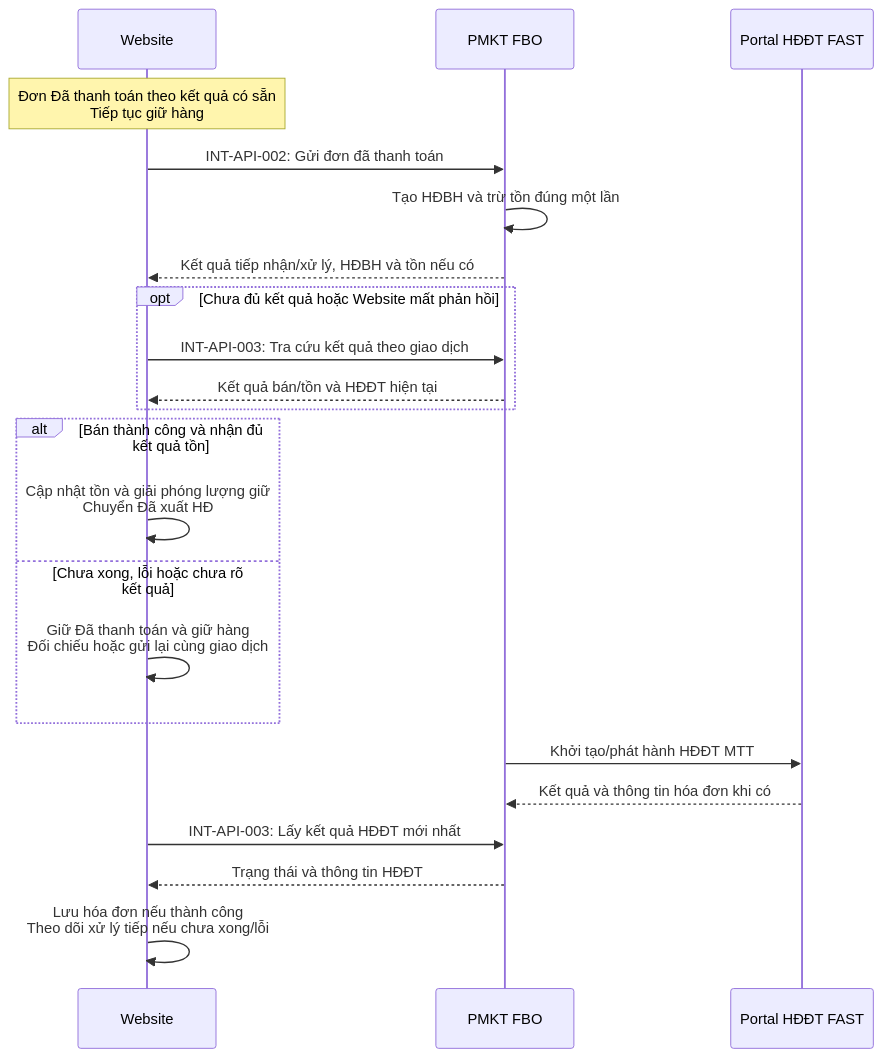
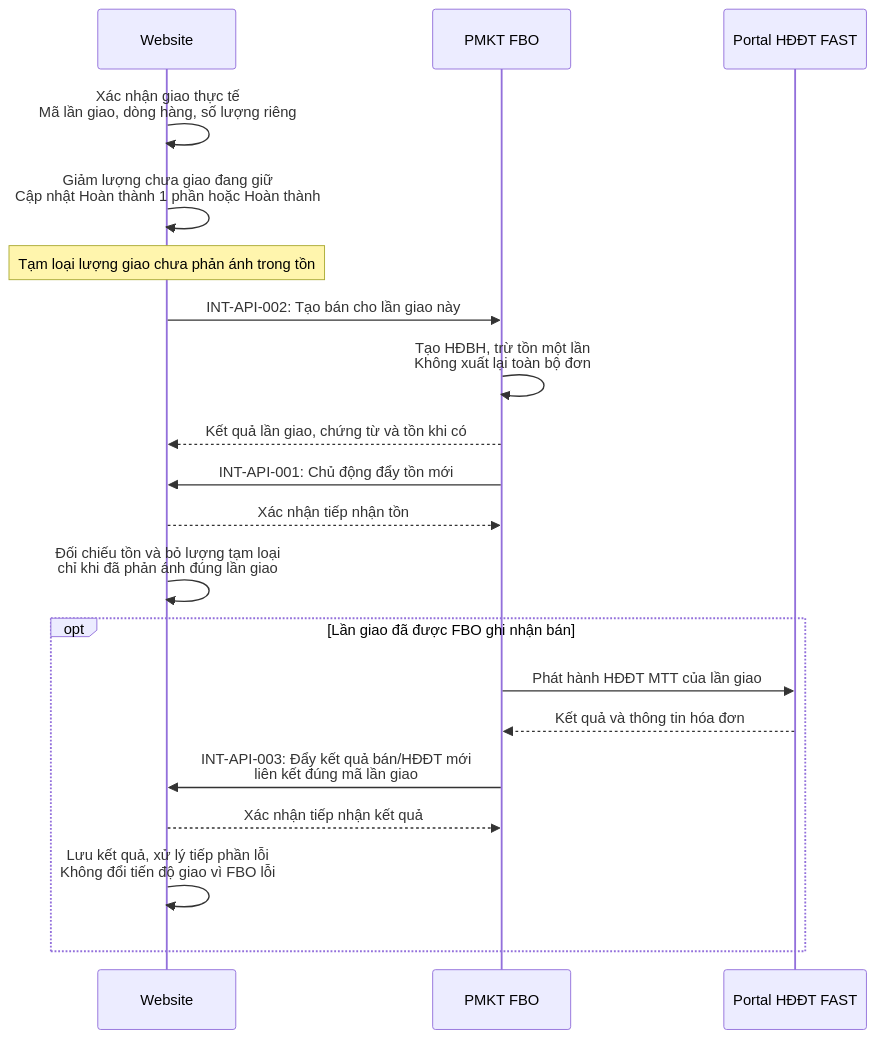
The second of 3 diagrams in TOM_TAT_YEU_CAU_GIAI_PHAP_API.md (quangnh0609/PhuongThao), drawn with Mermaid before and after one commit. The commit also changed other lines of this file and 56 other files, not shown here.

````diff
--- a/TOM_TAT_YEU_CAU_GIAI_PHAP_API.md
+++ b/TOM_TAT_YEU_CAU_GIAI_PHAP_API.md
@@ -71,24 +69,22 @@
 ```mermaid
 sequenceDiagram
     participant WEB as Website
     participant FBO as PMKT FBO
     participant PORTAL as Portal HĐĐT FAST
-    Note over WEB: Đơn Đã thanh toán theo kết quả có sẵn<br/>Tiếp tục giữ hàng
-    WEB->>FBO: INT-API-002: Gửi đơn đã thanh toán
-    FBO->>FBO: Tạo HĐBH và trừ tồn đúng một lần
-    FBO-->>WEB: Kết quả tiếp nhận/xử lý, HĐBH và tồn nếu có
-    opt Chưa đủ kết quả hoặc Website mất phản hồi
-        WEB->>FBO: INT-API-003: Tra cứu kết quả theo giao dịch
-        FBO-->>WEB: Kết quả bán/tồn và HĐĐT hiện tại
+    WEB->>WEB: Xác nhận giao thực tế<br/>Mã lần giao, dòng hàng, số lượng riêng
+    WEB->>WEB: Giảm lượng chưa giao đang giữ<br/>Cập nhật Hoàn thành 1 phần hoặc Hoàn thành
+    Note over WEB: Tạm loại lượng giao chưa phản ánh trong tồn
+    WEB->>FBO: INT-API-002: Tạo bán cho lần giao này
+    FBO->>FBO: Tạo HĐBH, trừ tồn một lần<br/>Không xuất lại toàn bộ đơn
+    FBO-->>WEB: Kết quả lần giao, chứng từ và tồn khi có
+    FBO->>WEB: INT-API-001: Chủ động đẩy tồn mới
+    WEB-->>FBO: Xác nhận tiếp nhận tồn
+    WEB->>WEB: Đối chiếu tồn và bỏ lượng tạm loại<br/>chỉ khi đã phản ánh đúng lần giao
+    opt Lần giao đã được FBO ghi nhận bán
+        FBO->>PORTAL: Phát hành HĐĐT MTT của lần giao
+        PORTAL-->>FBO: Kết quả và thông tin hóa đơn
+        FBO->>WEB: INT-API-003: Đẩy kết quả bán/HĐĐT mới<br/>liên kết đúng mã lần giao
+        WEB-->>FBO: Xác nhận tiếp nhận kết quả
+        WEB->>WEB: Lưu kết quả, xử lý tiếp phần lỗi<br/>Không đổi tiến độ giao vì FBO lỗi
     end
-    alt Bán thành công và nhận đủ kết quả tồn
-        WEB->>WEB: Cập nhật tồn và giải phóng lượng giữ<br/>Chuyển Đã xuất HĐ
-    else Chưa xong, lỗi hoặc chưa rõ kết quả
-        WEB->>WEB: Giữ Đã thanh toán và giữ hàng<br/>Đối chiếu hoặc gửi lại cùng giao dịch
-    end
-    FBO->>PORTAL: Khởi tạo/phát hành HĐĐT MTT
-    PORTAL-->>FBO: Kết quả và thông tin hóa đơn khi có
-    WEB->>FBO: INT-API-003: Lấy kết quả HĐĐT mới nhất
-    FBO-->>WEB: Trạng thái và thông tin HĐĐT
-    WEB->>WEB: Lưu hóa đơn nếu thành công<br/>Theo dõi xử lý tiếp nếu chưa xong/lỗi
 ```
````
